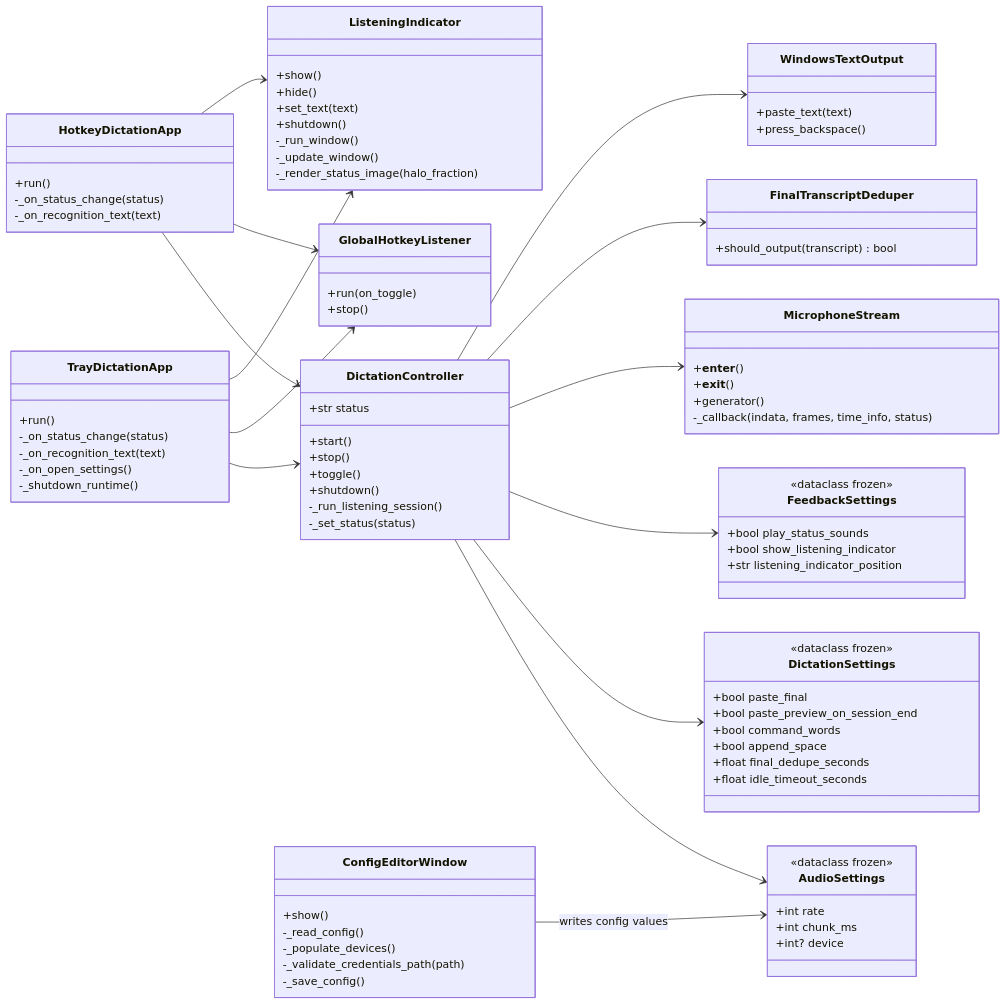
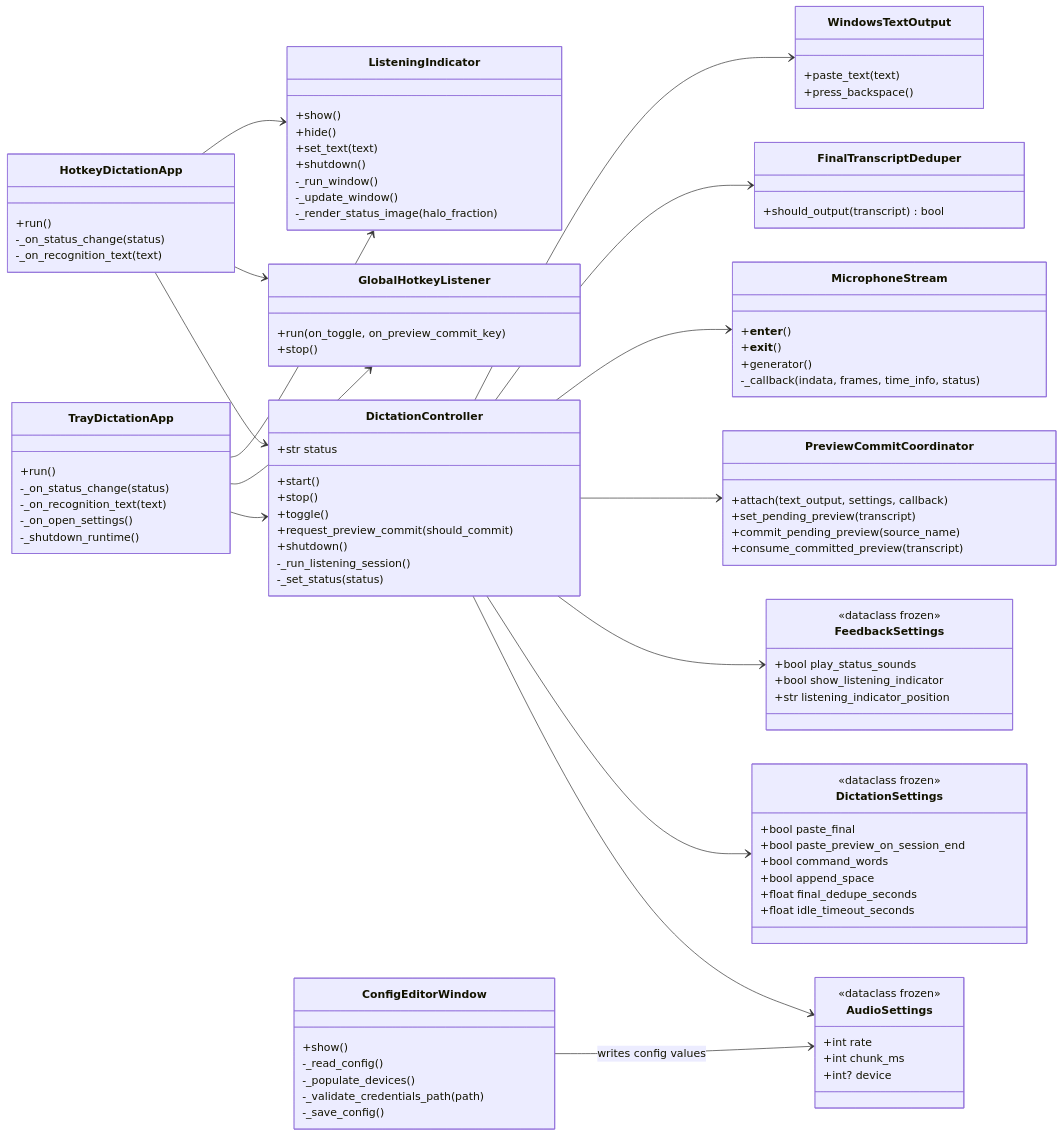
One commit to cocomine/win-voice-input changed the second of 6 diagrams in docs/TECHNICAL_DOCUMENTATION.md. Above: the diagram before and after it, drawn with Mermaid. The commit also changed other lines of this file and 11 other files, not shown here.

Commit message:
feat: implement Enter key preview commit functionality to allow manual pasting of current preview without stopping the session

```diff
--- a/docs/TECHNICAL_DOCUMENTATION.md
+++ b/docs/TECHNICAL_DOCUMENTATION.md
@@ -95,13 +99,21 @@
         +start()
         +stop()
         +toggle()
+        +request_preview_commit(should_commit)
         +shutdown()
         -_run_listening_session()
         -_set_status(status)
     }
 
+    class PreviewCommitCoordinator {
+        +attach(text_output, settings, callback)
+        +set_pending_preview(transcript)
+        +commit_pending_preview(source_name)
+        +consume_committed_preview(transcript)
+    }
+
     class GlobalHotkeyListener {
-        +run(on_toggle)
+        +run(on_toggle, on_preview_commit_key)
         +stop()
     }
 
@@ -148,6 +160,7 @@
     DictationController --> AudioSettings
     DictationController --> DictationSettings
     DictationController --> FeedbackSettings
+    DictationController --> PreviewCommitCoordinator
     DictationController --> MicrophoneStream
     DictationController --> FinalTranscriptDeduper
     DictationController --> WindowsTextOutput
```
